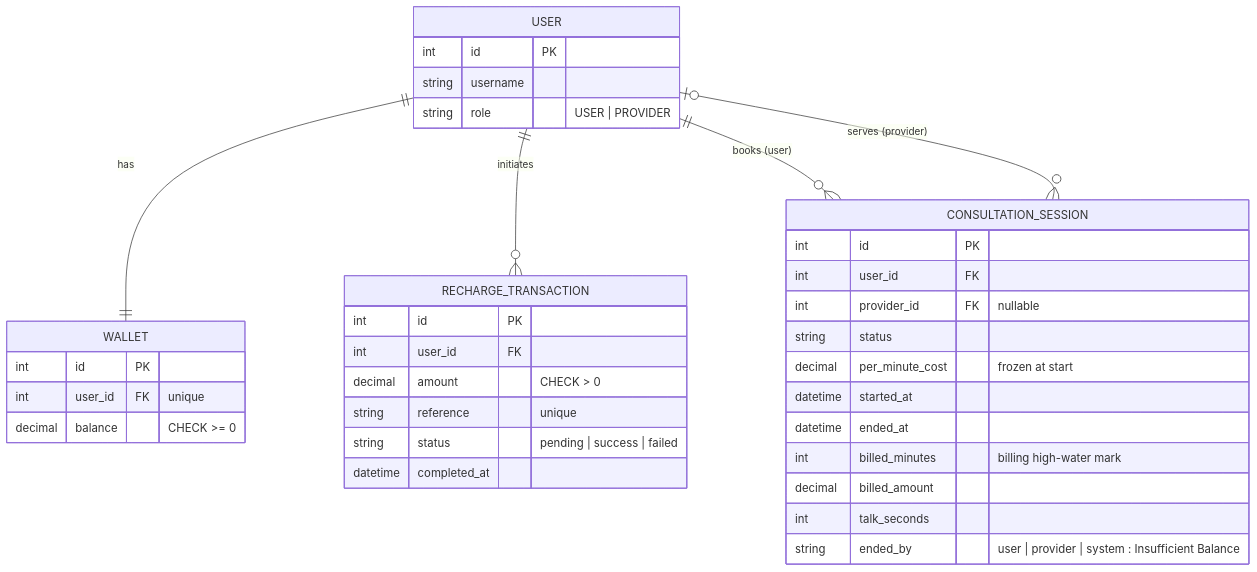
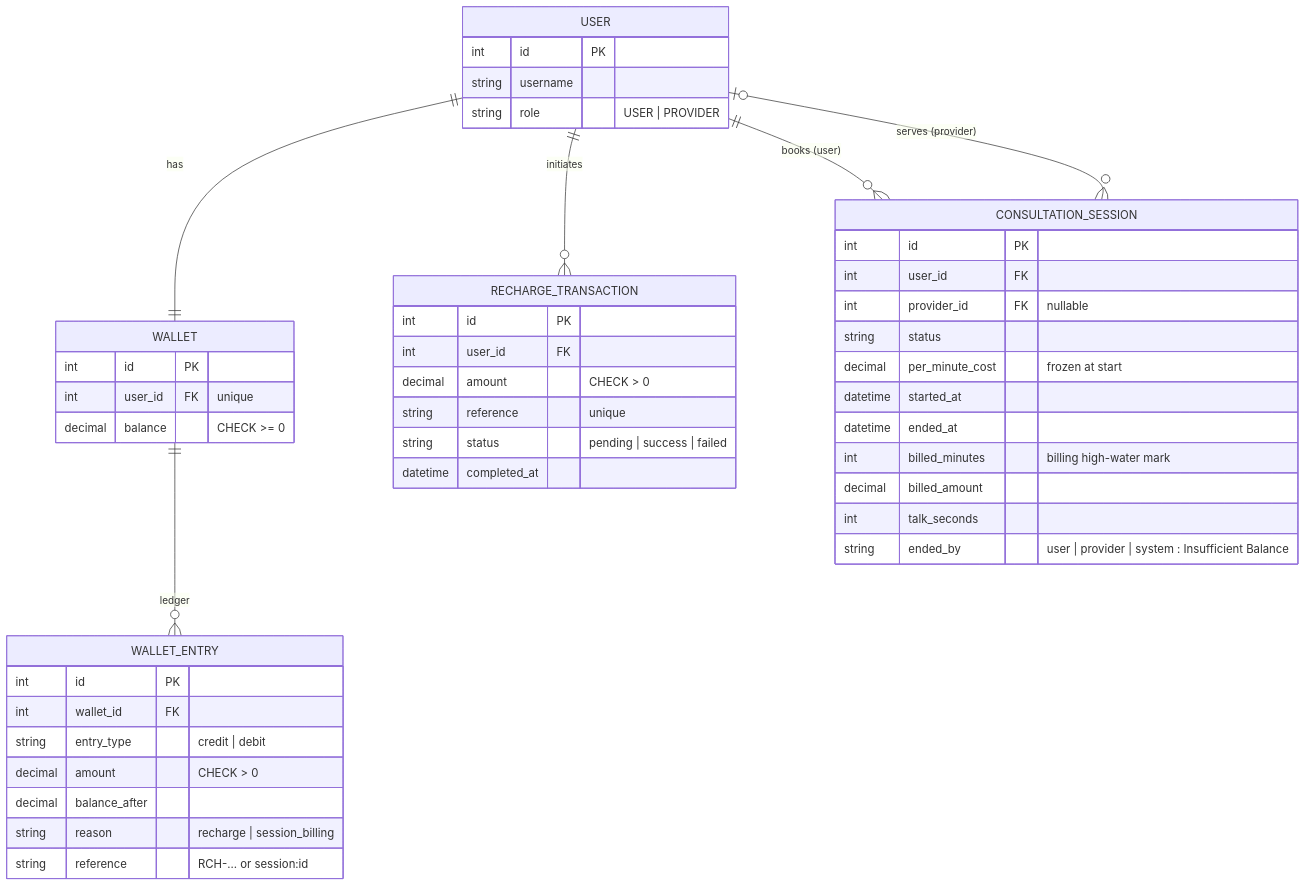
One commit to shivam600/wallet-session-billing changed the second of 2 diagrams in docs/DIAGRAMS.md. Above: the diagram before and after it, drawn with Mermaid. The commit also changed 11 other files, not shown here.

Commit message:
Add wallet ledger for every credit and debit

````diff
--- a/docs/DIAGRAMS.md
+++ b/docs/DIAGRAMS.md
@@ -36,39 +36,49 @@
 ```mermaid
 erDiagram
     USER ||--|| WALLET : has
+    WALLET ||--o{ WALLET_ENTRY : "ledger"
     USER ||--o{ RECHARGE_TRANSACTION : initiates
     USER ||--o{ CONSULTATION_SESSION : "books (user)"
     USER |o--o{ CONSULTATION_SESSION : "serves (provider)"
 
     USER {
         int id PK
         string username
         string role "USER | PROVIDER"
     }
     WALLET {
         int id PK
         int user_id FK "unique"
         decimal balance "CHECK >= 0"
+    }
+    WALLET_ENTRY {
+        int id PK
+        int wallet_id FK
+        string entry_type "credit | debit"
+        decimal amount "CHECK > 0"
+        decimal balance_after
+        string reason "recharge | session_billing"
+        string reference "RCH-... or session:id"
     }
     RECHARGE_TRANSACTION {
         int id PK
         int user_id FK
         decimal amount "CHECK > 0"
         string reference "unique"
         string status "pending | success | failed"
         datetime completed_at
     }
     CONSULTATION_SESSION {
         int id PK
         int user_id FK
         int provider_id FK "nullable"
         string status
         decimal per_minute_cost "frozen at start"
         datetime started_at
         datetime ended_at
         int billed_minutes "billing high-water mark"
         decimal billed_amount
         int talk_seconds
         string ended_by "user | provider | system : Insufficient Balance"
     }
 ```
````
